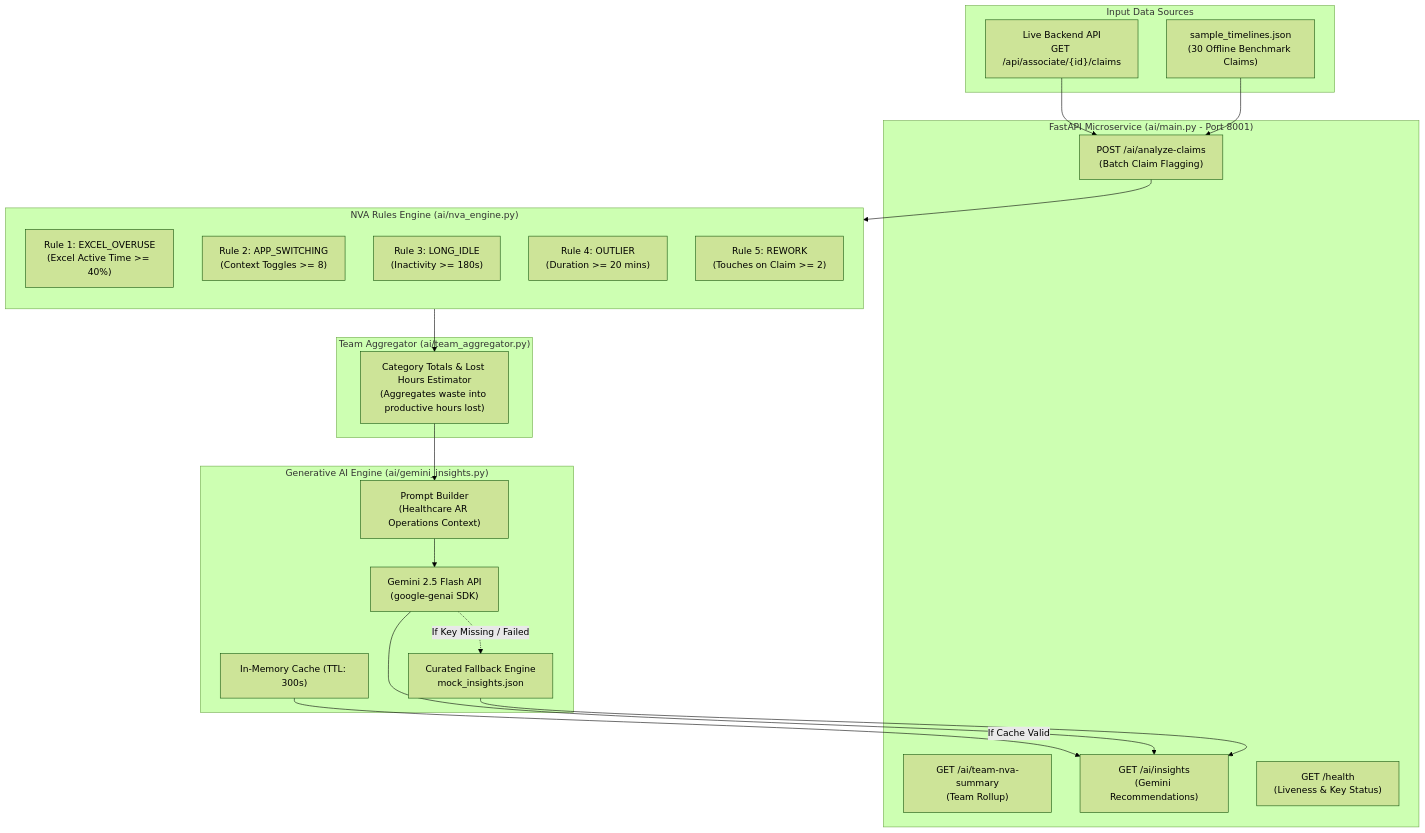
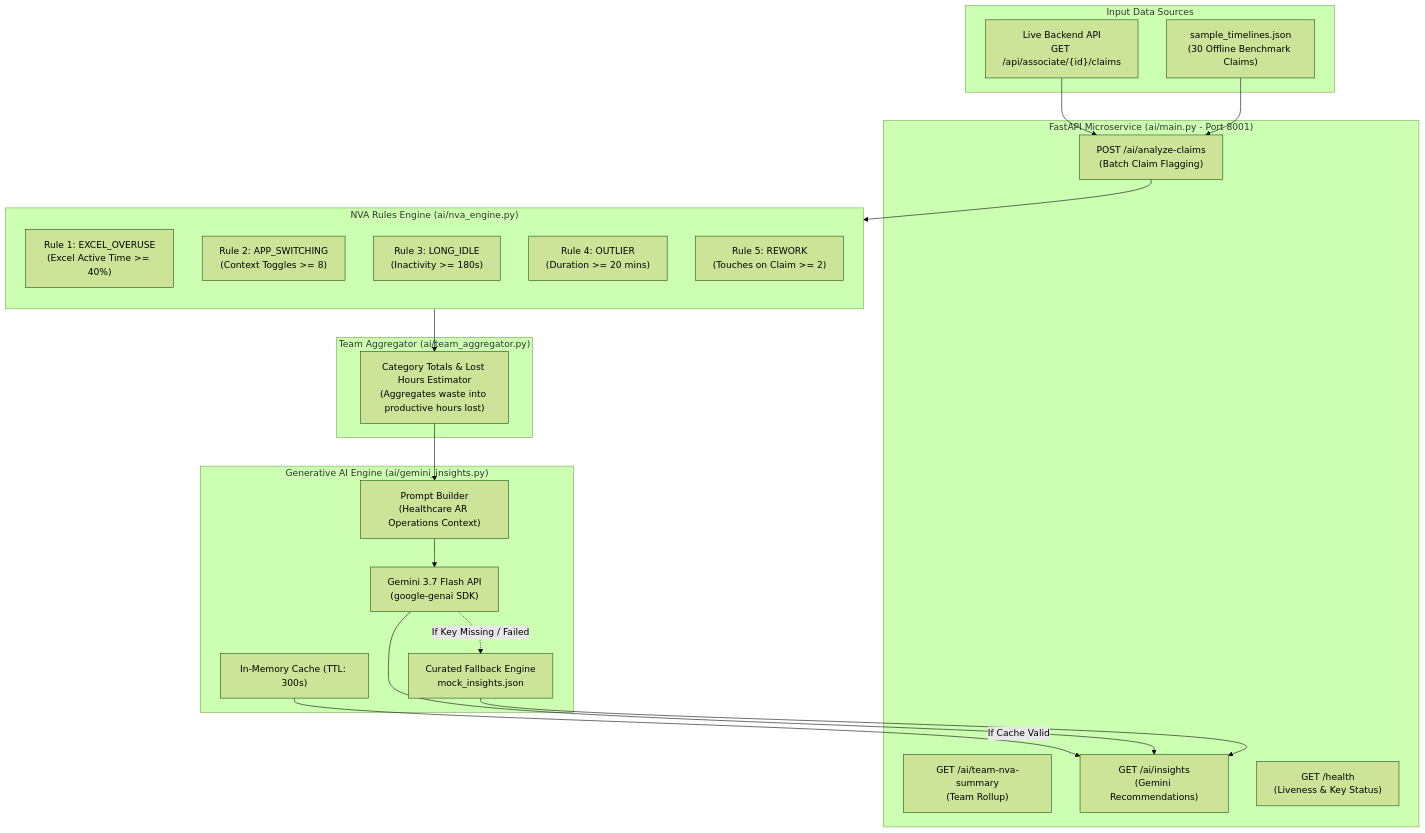
Before and after one commit to Gokul2004-ne/TMS: the diagram in ai/README.md, drawn with Mermaid (forest theme). The commit also changed other lines of this file and 18 other files, not shown here.

````diff
--- a/ai/README.md
+++ b/ai/README.md
@@ -23,46 +23,46 @@
 ```mermaid
 flowchart TD
     subgraph Ingestion ["Input Data Sources"]
         LiveAPI["Live Backend API<br/>GET /api/associate/{id}/claims"]
         SampleFile["sample_timelines.json<br/>(30 Offline Benchmark Claims)"]
     end
 
     subgraph ServiceController ["FastAPI Microservice (ai/main.py - Port 8001)"]
         AnalyzeEndpoint["POST /ai/analyze-claims<br/>(Batch Claim Flagging)"]
         SummaryEndpoint["GET /ai/team-nva-summary<br/>(Team Rollup)"]
         InsightsEndpoint["GET /ai/insights<br/>(Gemini Recommendations)"]
         HealthEndpoint["GET /health<br/>(Liveness & Key Status)"]
     end
 
     subgraph RulesEngine ["NVA Rules Engine (ai/nva_engine.py)"]
         direction TB
         R1["Rule 1: EXCEL_OVERUSE<br/>(Excel Active Time >= 40%)"]
         R2["Rule 2: APP_SWITCHING<br/>(Context Toggles >= 8)"]
         R3["Rule 3: LONG_IDLE<br/>(Inactivity >= 180s)"]
         R4["Rule 4: OUTLIER<br/>(Duration >= 20 mins)"]
         R5["Rule 5: REWORK<br/>(Touches on Claim >= 2)"]
     end
 
     subgraph Aggregator ["Team Aggregator (ai/team_aggregator.py)"]
         LostTimeCalc["Category Totals & Lost Hours Estimator<br/>(Aggregates waste into productive hours lost)"]
     end
 
     subgraph GeminiModule ["Generative AI Engine (ai/gemini_insights.py)"]
         Cache["In-Memory Cache (TTL: 300s)"]
         PromptBuilder["Prompt Builder<br/>(Healthcare AR Operations Context)"]
-        GeminiAPI["Gemini 2.5 Flash API<br/>(google-genai SDK)"]
+        GeminiAPI["Gemini 3.7 Flash API<br/>(google-genai SDK)"]
         Fallback["Curated Fallback Engine<br/>mock_insights.json"]
 
         Cache -->|"If Cache Valid"| InsightsEndpoint
         PromptBuilder --> GeminiAPI
         GeminiAPI -.->|"If Key Missing / Failed"| Fallback
     end
 
     LiveAPI --> AnalyzeEndpoint
     SampleFile --> AnalyzeEndpoint
     AnalyzeEndpoint --> RulesEngine
     RulesEngine --> LostTimeCalc
     LostTimeCalc --> PromptBuilder
     GeminiAPI --> InsightsEndpoint
     Fallback --> InsightsEndpoint
 ```
````
